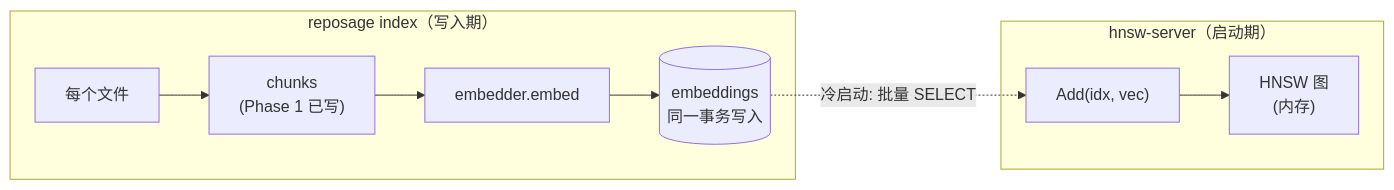
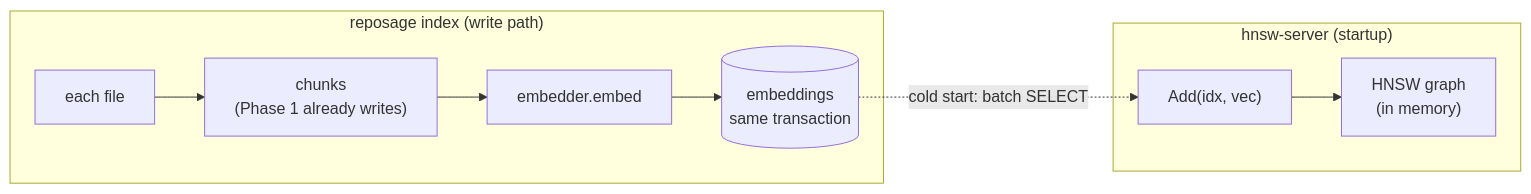
One commit to AndyUneducated/repo-sage changed the second of 2 diagrams in docs/plans/phase-2-retrieval.md. Above: the diagram before and after it, drawn with Mermaid. The commit also changed other lines of this file and 14 other files, not shown here.

````diff
--- a/docs/plans/phase-2-retrieval.md
+++ b/docs/plans/phase-2-retrieval.md
@@ -68,12 +68,12 @@
 ```mermaid
 flowchart LR
-  subgraph Index["reposage index（写入期）"]
-    File["每个文件"] --> Chunk["chunks<br/>(Phase 1 已写)"]
+  subgraph Index["reposage index (write path)"]
+    File["each file"] --> Chunk["chunks<br/>(Phase 1 already writes)"]
     Chunk --> Embed["embedder.embed"]
-    Embed --> Emb[("embeddings<br/>同一事务写入")]
+    Embed --> Emb[("embeddings<br/>same transaction")]
   end
-  subgraph Boot["hnsw-server（启动期）"]
-    Emb -.->|"冷启动: 批量 SELECT"| Load["Add(idx, vec)"]
-    Load --> Graph["HNSW 图<br/>(内存)"]
+  subgraph Boot["hnsw-server (startup)"]
+    Emb -.->|"cold start: batch SELECT"| Load["Add(idx, vec)"]
+    Load --> Graph["HNSW graph<br/>(in memory)"]
   end
 ```
````
